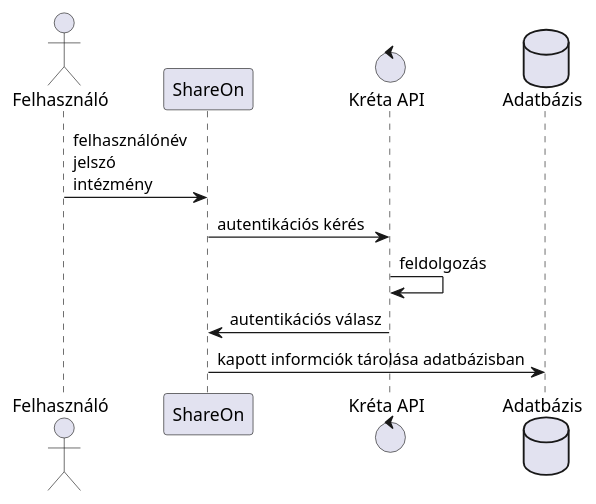
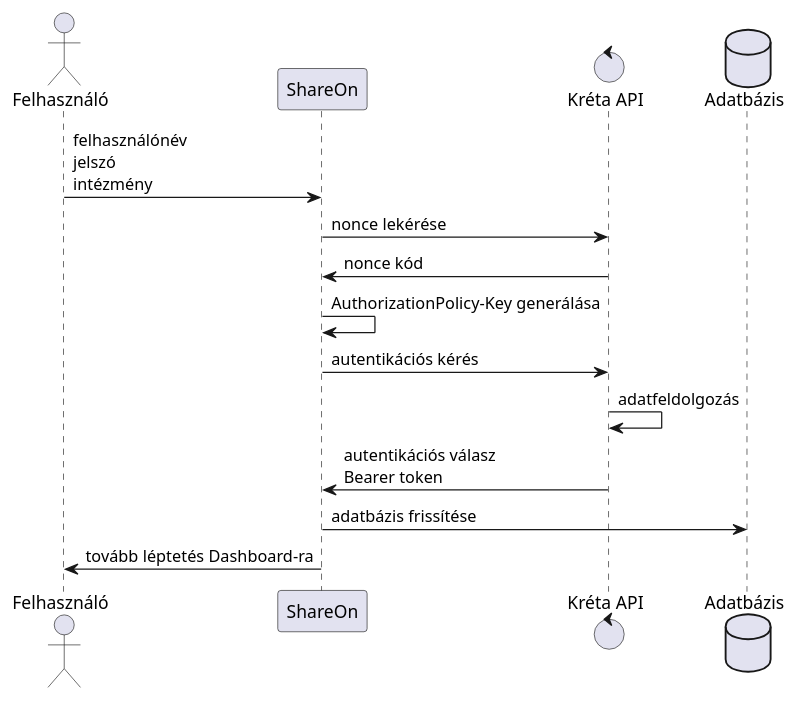
One commit to SDori-okt/szakdoga changed the diagram in UML/auth.puml. Above: the diagram before and after it, drawn with PlantUML. The commit also changed 3 other files, not shown here.

```diff
--- a/UML/auth.puml
+++ b/UML/auth.puml
@@ -1,15 +1,18 @@
 @startuml
 
 actor Felhasználó as user
 participant ShareOn as site
 control "Kréta API" as kreta
 database Adatbázis as DB
 
 user->site: felhasználónév\njelszó\nintézmény
+site->kreta: nonce lekérése
+kreta->site: nonce kód
+site->site: AuthorizationPolicy-Key generálása
 site->kreta: autentikációs kérés
-kreta->kreta: feldolgozás
-kreta->site: autentikációs válasz
-site->DB: kapott informciók tárolása adatbázisban
-
+kreta->kreta: adatfeldolgozás
+kreta->site: autentikációs válasz\nBearer token
+site->DB: adatbázis frissítése
+site->user: tovább léptetés Dashboard-ra
 
 @enduml
```
